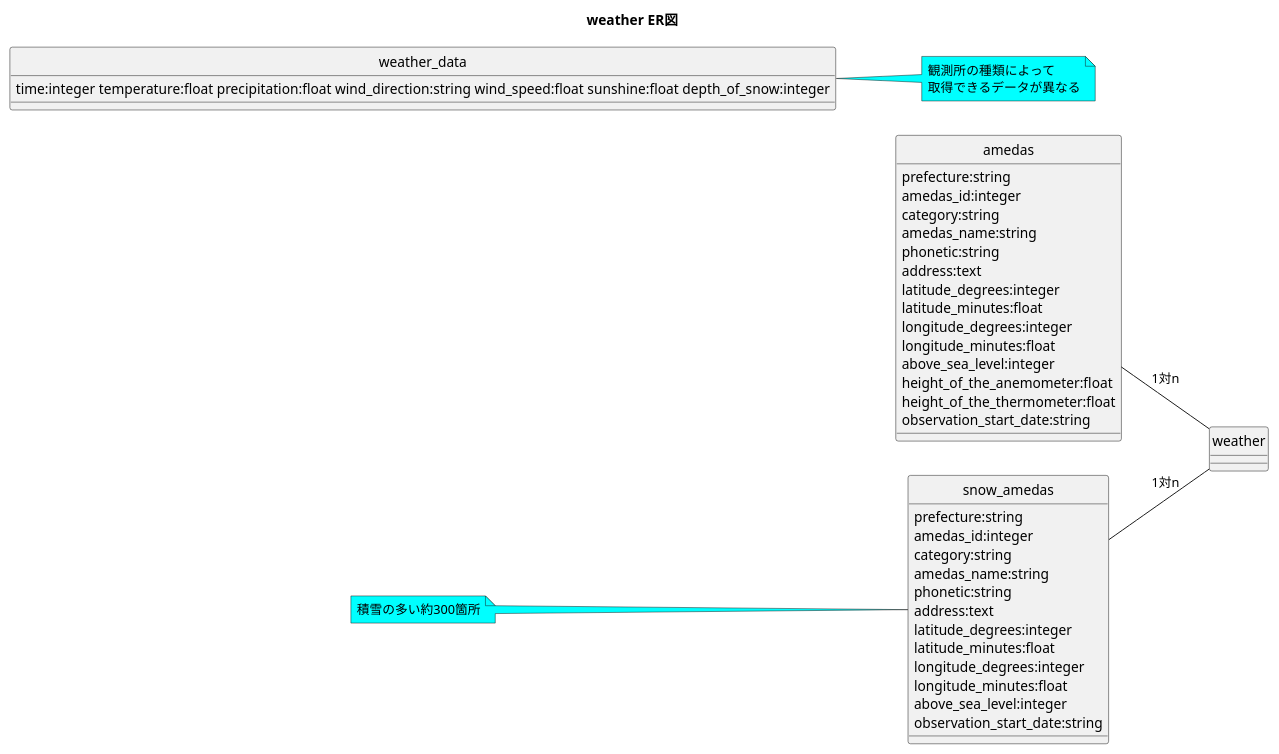
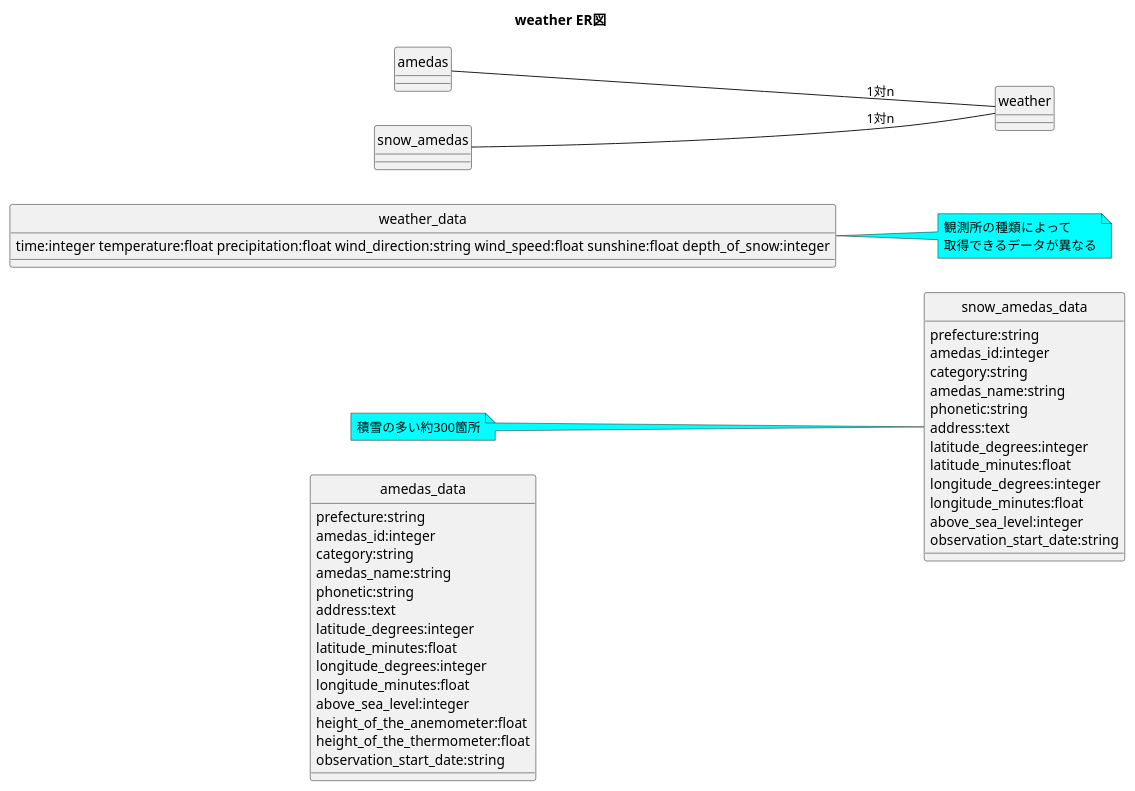
Before and after one commit to jagio0129/weather: the diagram in doc/db_plan/true_database.pu, drawn with PlantUML. The commit also changed 11 other files, not shown here.

Commit message:
"amedas"だと末尾が複数形と認識されるためそれぞれに末尾に"_data"を付けリネーム

```diff
--- a/doc/db_plan/true_database.pu
+++ b/doc/db_plan/true_database.pu
@@ -1,54 +1,54 @@
 @startuml
 left to right direction
 hide circle
 
 title weather ER図
 
-class amedas{
+class amedas_data{
   prefecture:string
   amedas_id:integer
   category:string
   amedas_name:string
   phonetic:string
   address:text
   latitude_degrees:integer
   latitude_minutes:float
   longitude_degrees:integer
   longitude_minutes:float
   above_sea_level:integer
   height_of_the_anemometer:float
   height_of_the_thermometer:float
   observation_start_date:string
 }
 
-class snow_amedas{
+class snow_amedas_data{
   prefecture:string
   amedas_id:integer
   category:string
   amedas_name:string
   phonetic:string
   address:text
   latitude_degrees:integer
   latitude_minutes:float
   longitude_degrees:integer
   longitude_minutes:float
   above_sea_level:integer
   observation_start_date:string
 }
 note left #aqua
   積雪の多い約300箇所
 end note
 
 class weather_data{
   time:integer temperature:float precipitation:float wind_direction:string wind_speed:float sunshine:float depth_of_snow:integer
 }
 
 note right #aqua
   観測所の種類によって
   取得できるデータが異なる
 end note
 
 amedas -- weather :1対n
 snow_amedas -- weather :1対n
 
 @enduml
```
